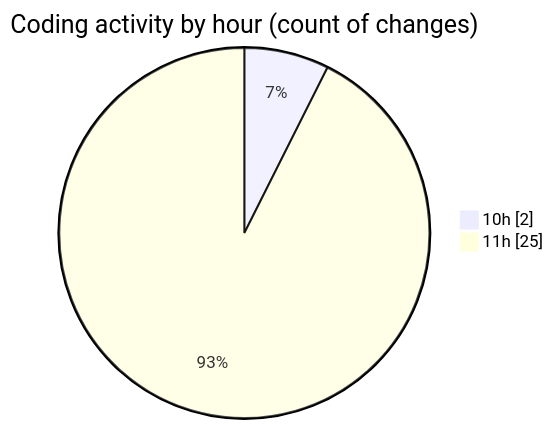
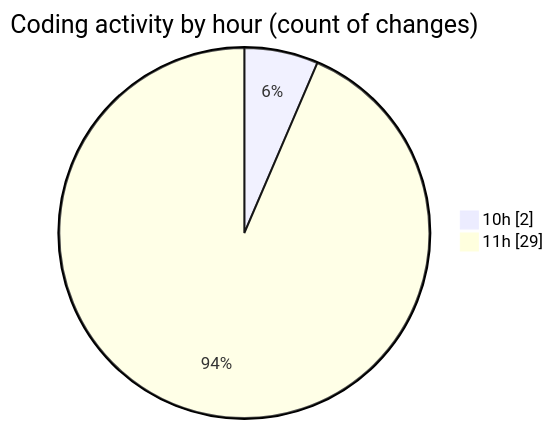
One commit to nxtqubesakshisongat/code-tracking changed the second of 2 diagrams in 2025-07-31/nxtqube_webapp/README.md. Above: the diagram before and after it, drawn with Mermaid. The commit also changed other lines of this file and 1 other file, not shown here.

````diff
--- a/2025-07-31/nxtqube_webapp/README.md
+++ b/2025-07-31/nxtqube_webapp/README.md
@@ -37,6 +39,6 @@
 ```mermaid
 pie showData
 title Coding activity by hour (count of changes)
 "10h" : 2
-"11h" : 25
+"11h" : 29
 ```
````
